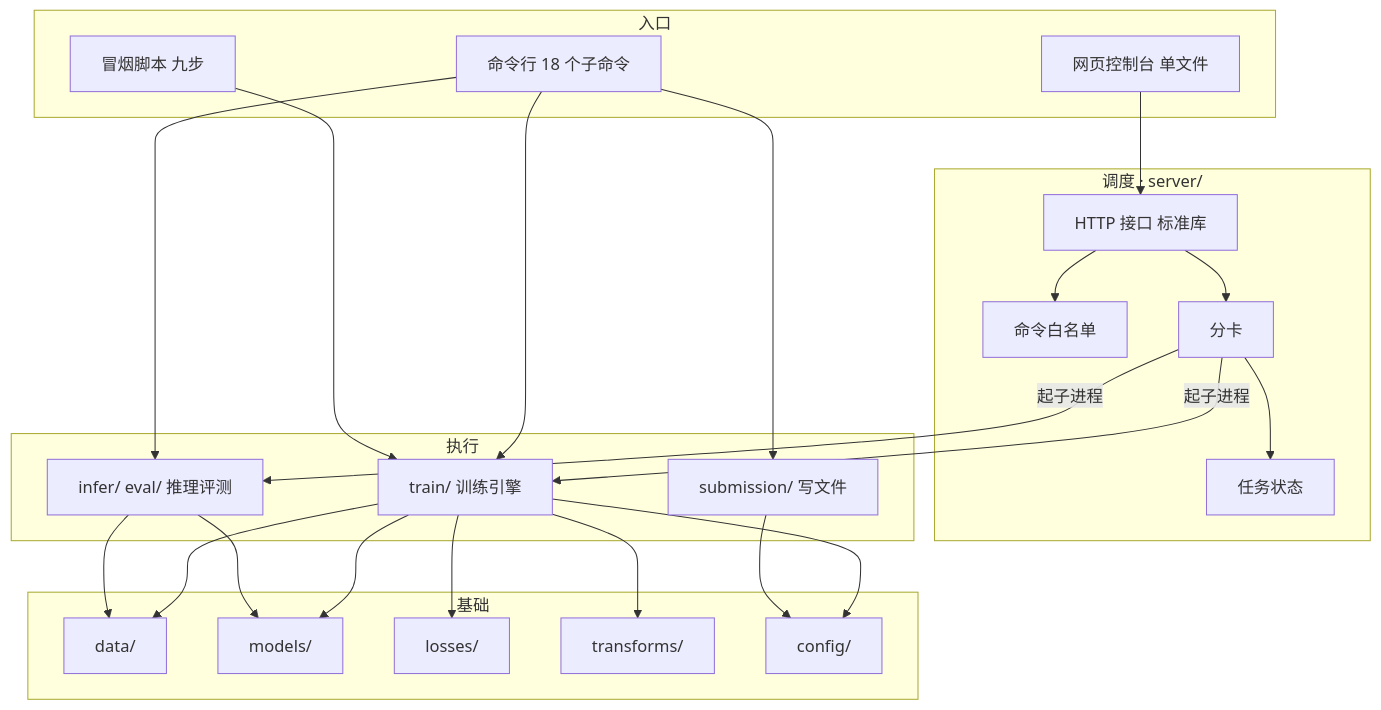
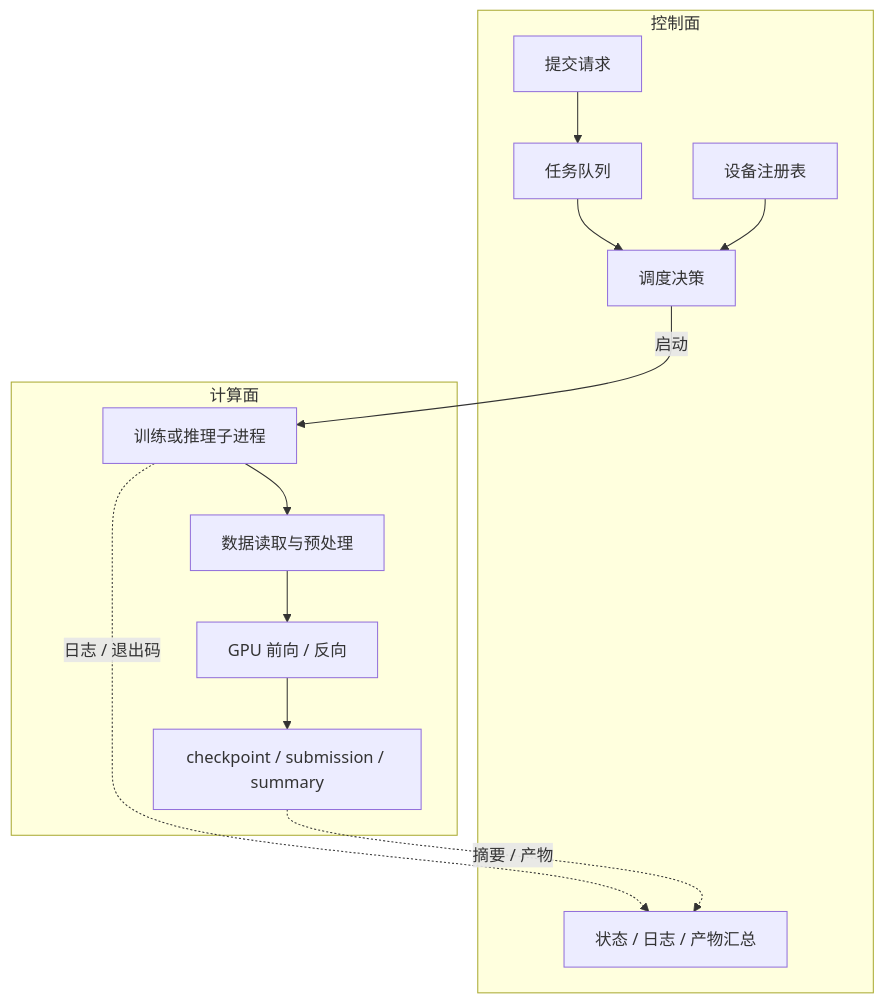
Before and after one commit to cixiy1/Yuki-blog: the second of 9 diagrams in src/content/posts/chest-smart-diagnosis.md, drawn with Mermaid. The commit also changed other lines of this file, not shown here.

````diff
--- a/src/content/posts/chest-smart-diagnosis.md
+++ b/src/content/posts/chest-smart-diagnosis.md
@@ -49,44 +67,22 @@
 ```mermaid
 flowchart TB
-  subgraph ENTRY["入口"]
-    CLI["命令行 18 个子命令"]
-    SMOKE["冒烟脚本 九步"]
-    WEB["网页控制台 单文件"]
+  subgraph Control["控制面"]
+    Submit["提交请求"]
+    Queue["任务队列"]
+    Device["设备注册表"]
+    Dispatch["调度决策"]
+    Reports["状态 / 日志 / 产物汇总"]
   end
-  subgraph SCHED["调度 · server/"]
-    API["HTTP 接口 标准库"]
-    WL["命令白名单"]
-    SLOT["分卡"]
-    STATE["任务状态"]
+  subgraph Compute["计算面"]
+    Process["训练或推理子进程"]
+    Data["数据读取与预处理"]
+    GPU["GPU 前向 / 反向"]
+    Output["checkpoint / submission / summary"]
   end
-  subgraph EXEC["执行"]
-    TRAIN["train/ 训练引擎"]
-    INFER["infer/ eval/ 推理评测"]
-    SUBM["submission/ 写文件"]
-  end
-  subgraph BASE["基础"]
-    DATA["data/"]
-    MODEL["models/"]
-    LOSS["losses/"]
-    TFM["transforms/"]
-    CFG["config/"]
-  end
-  WEB --> API
-  API --> WL
-  API --> SLOT
-  SLOT --> STATE
-  SLOT -->|"起子进程"| TRAIN
-  SLOT -->|"起子进程"| INFER
-  CLI --> TRAIN
-  CLI --> INFER
-  CLI --> SUBM
-  SMOKE --> TRAIN
-  TRAIN --> DATA
-  TRAIN --> MODEL
-  TRAIN --> LOSS
-  TRAIN --> TFM
-  TRAIN --> CFG
-  INFER --> DATA
-  INFER --> MODEL
-  SUBM --> CFG
+  Submit --> Queue --> Dispatch
+  Device --> Dispatch
+  Dispatch -->|"启动"| Process
+  Process --> Data --> GPU --> Output
+  Process -.->|"日志 / 退出码"| Reports
+  Output -.->|"摘要 / 产物"| Reports
 ```
````
